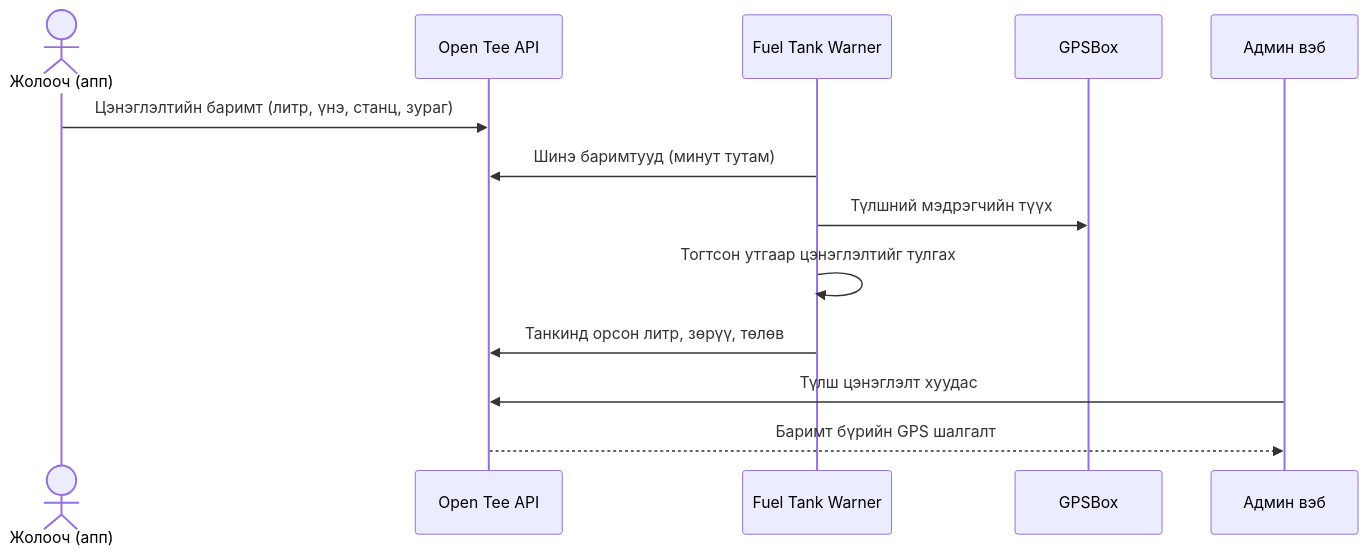
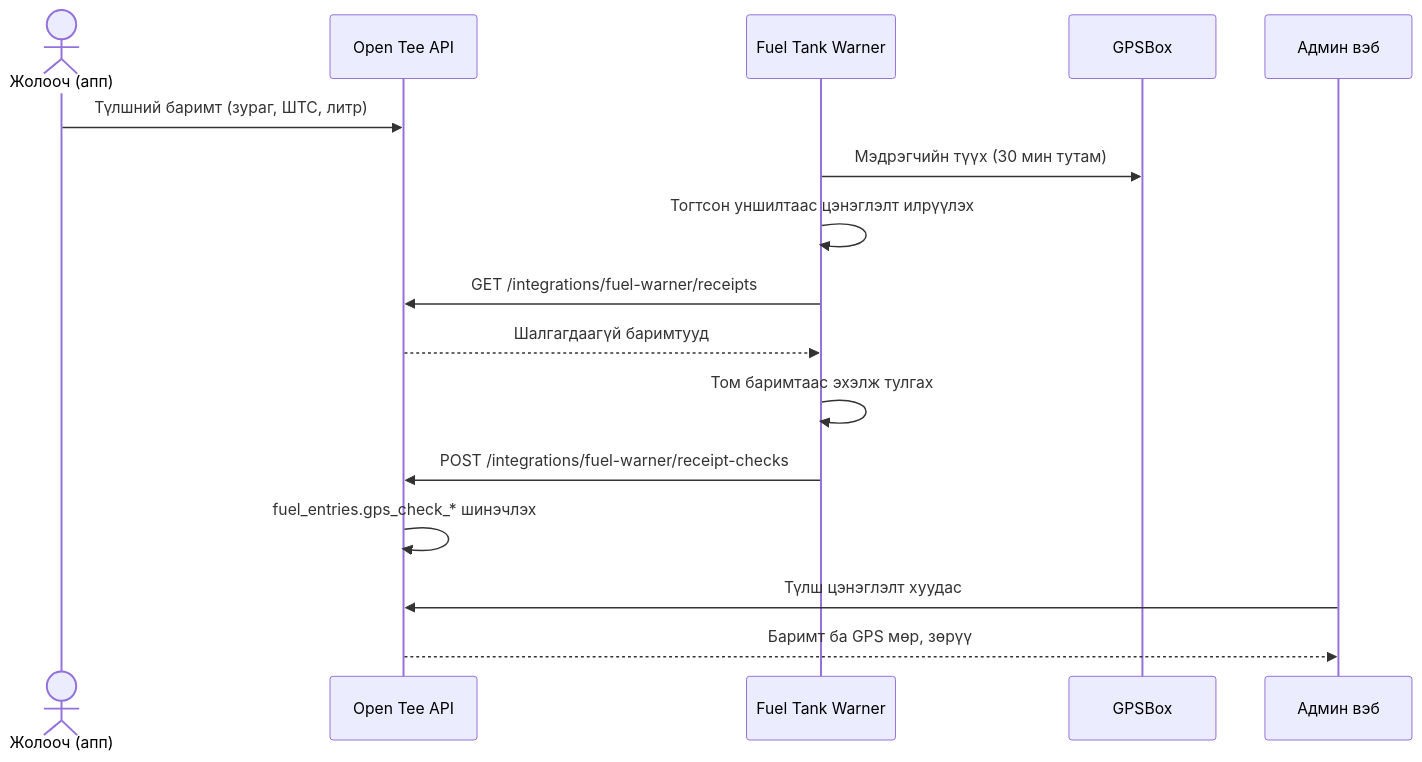
One commit to Asmodify/Open-Teever-Diploma changed the diagram in thesis/diagrams/sequence_receipt_check.mmd. Above: the diagram before and after it, drawn with Mermaid. The commit also changed 52 other files, not shown here.

```diff
--- a/thesis/diagrams/sequence_receipt_check.mmd
+++ b/thesis/diagrams/sequence_receipt_check.mmd
@@ -1,14 +1,17 @@
-%% D8 Sequence: refuel receipt reconciliation (chapter 3)
+%% D8 Sequence: refuel receipt reconciliation (chapter 3). Endpoints from routes/integrations.js, logic from src/receipts.js.
 sequenceDiagram
   actor D as Жолооч (апп)
   participant API as Open Tee API
   participant W as Fuel Tank Warner
   participant G as GPSBox
   participant A as Админ вэб
-  D->>API: Цэнэглэлтийн баримт (литр, үнэ, станц, зураг)
-  W->>API: Шинэ баримтууд (минут тутам)
-  W->>G: Түлшний мэдрэгчийн түүх
-  W->>W: Тогтсон утгаар цэнэглэлтийг тулгах
-  W->>API: Танкинд орсон литр, зөрүү, төлөв
+  D->>API: Түлшний баримт (зураг, ШТС, литр)
+  W->>G: Мэдрэгчийн түүх (30 мин тутам)
+  W->>W: Тогтсон уншилтаас цэнэглэлт илрүүлэх
+  W->>API: GET /integrations/fuel-warner/receipts
+  API-->>W: Шалгагдаагүй баримтууд
+  W->>W: Том баримтаас эхэлж тулгах
+  W->>API: POST /integrations/fuel-warner/receipt-checks
+  API->>API: fuel_entries.gps_check_* шинэчлэх
   A->>API: Түлш цэнэглэлт хуудас
-  API-->>A: Баримт бүрийн GPS шалгалт
+  API-->>A: Баримт ба GPS мөр, зөрүү
```
